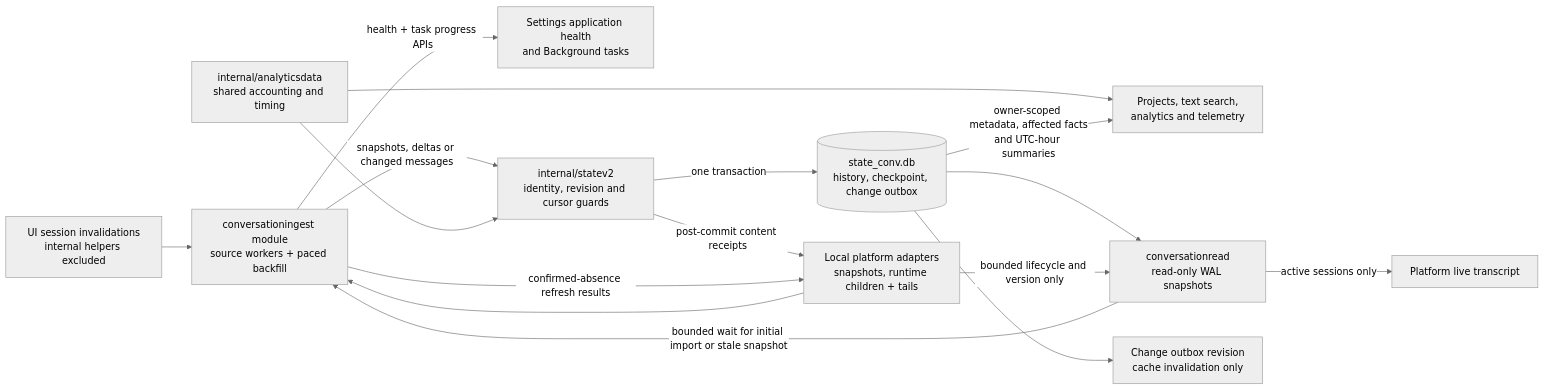
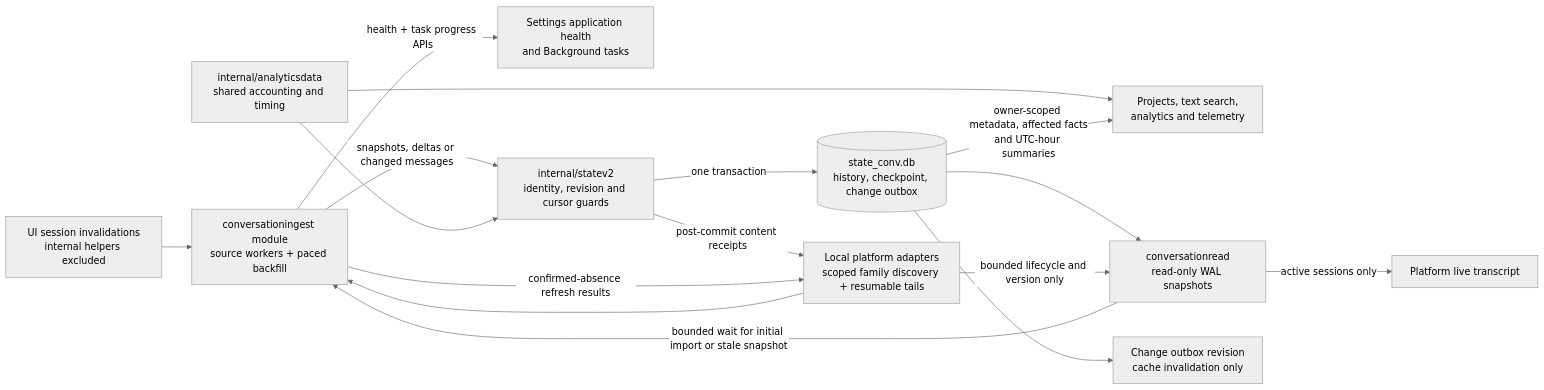
Before and after one commit to ocman/ocman: the ninth of 23 diagrams in docs/other/architecture.md, drawn with Mermaid (neutral theme). The commit also changed other lines of this file and 40 other files, not shown here.

````diff
--- a/docs/other/architecture.md
+++ b/docs/other/architecture.md
@@ -484,19 +484,19 @@
 ```mermaid
 flowchart LR
     Import[conversationingest module<br/>source workers + paced backfill]
-    Adapters[Local platform adapters<br/>snapshots, runtime children + tails] --> Import
+    Adapters[Local platform adapters<br/>scoped family discovery + resumable tails] --> Import
     Events[UI session invalidations<br/>internal helpers excluded] --> Import
     Import -->|health + task progress APIs| UI[Settings application health<br/>and Background tasks]
     Import -->|snapshots, deltas or changed messages| Commit[internal/statev2<br/>identity, revision and cursor guards]
     Rules[internal/analyticsdata<br/>shared accounting and timing] --> Commit
     Rules --> Analytics
     Commit -->|one transaction| History[(state_conv.db<br/>history, checkpoint, change outbox)]
     Commit -->|post-commit content receipts| Adapters
     Import -->|confirmed-absence refresh results| Adapters
     History --> Reader[conversationread<br/>read-only WAL snapshots]
     Adapters -->|bounded lifecycle and version only| Reader
     Reader -->|bounded wait for initial import or stale snapshot| Import
     Reader -->|active sessions only| Live[Platform live transcript]
     History -->|owner-scoped metadata, affected facts<br/>and UTC-hour summaries| Analytics[Projects, text search,<br/>analytics and telemetry]
     History --> Changes[Change outbox revision<br/>cache invalidation only]
 ```
````
